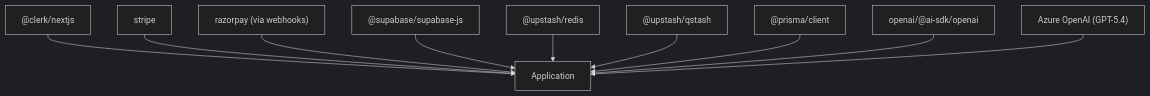
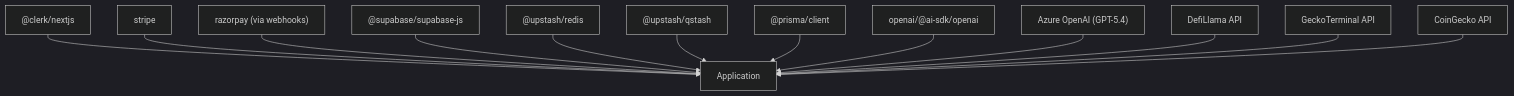
One commit to ecryptoguru/lyraalpha changed the tenth of 10 diagrams in .qoder/repowiki/en/content/Core Features/Core Features.md. Above: the diagram before and after it, drawn with Mermaid (dark theme). The commit also changed other lines of this file and 95 other files, not shown here.

````diff
--- a/.qoder/repowiki/en/content/Core Features/Core Features.md
+++ b/.qoder/repowiki/en/content/Core Features/Core Features.md
@@ -641,12 +683,15 @@
 ```mermaid
 graph TB
 Auth["@clerk/nextjs"] --> App["Application"]
 Stripe["stripe"] --> App
 Razorpay["razorpay (via webhooks)"] --> App
 Supabase["@supabase/supabase-js"] --> App
 UpstashRedis["@upstash/redis"] --> App
 UpstashQStash["@upstash/qstash"] --> App
 Prisma["@prisma/client"] --> App
 OpenAI["openai/@ai-sdk/openai"] --> App
 Azure["Azure OpenAI (GPT-5.4)"] --> App
+DefiLlama["DefiLlama API"] --> App
+GeckoTerminal["GeckoTerminal API"] --> App
+CoinGecko["CoinGecko API"] --> App
 ```
````
